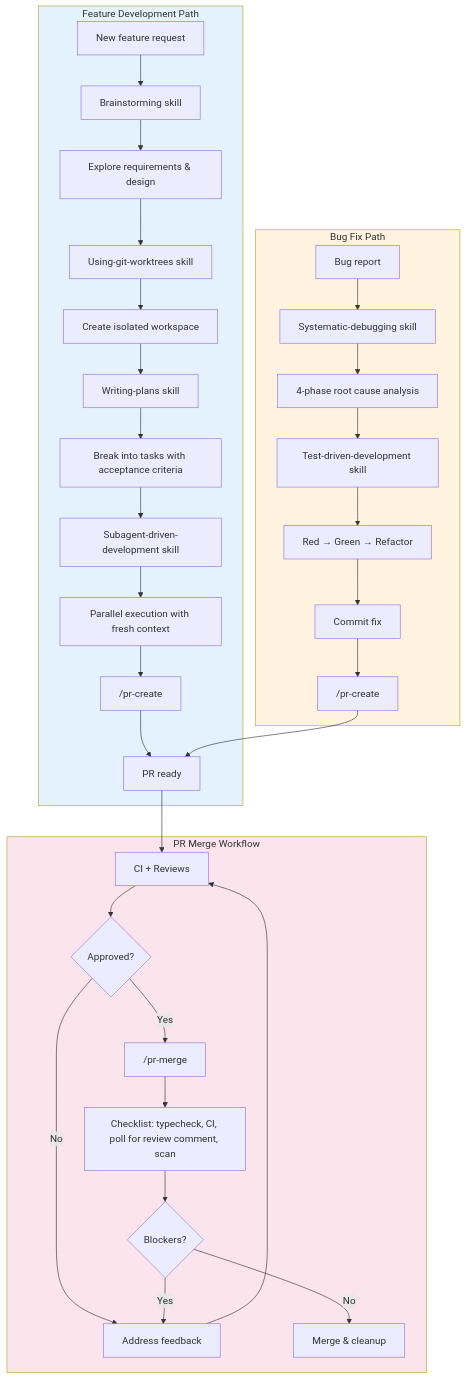
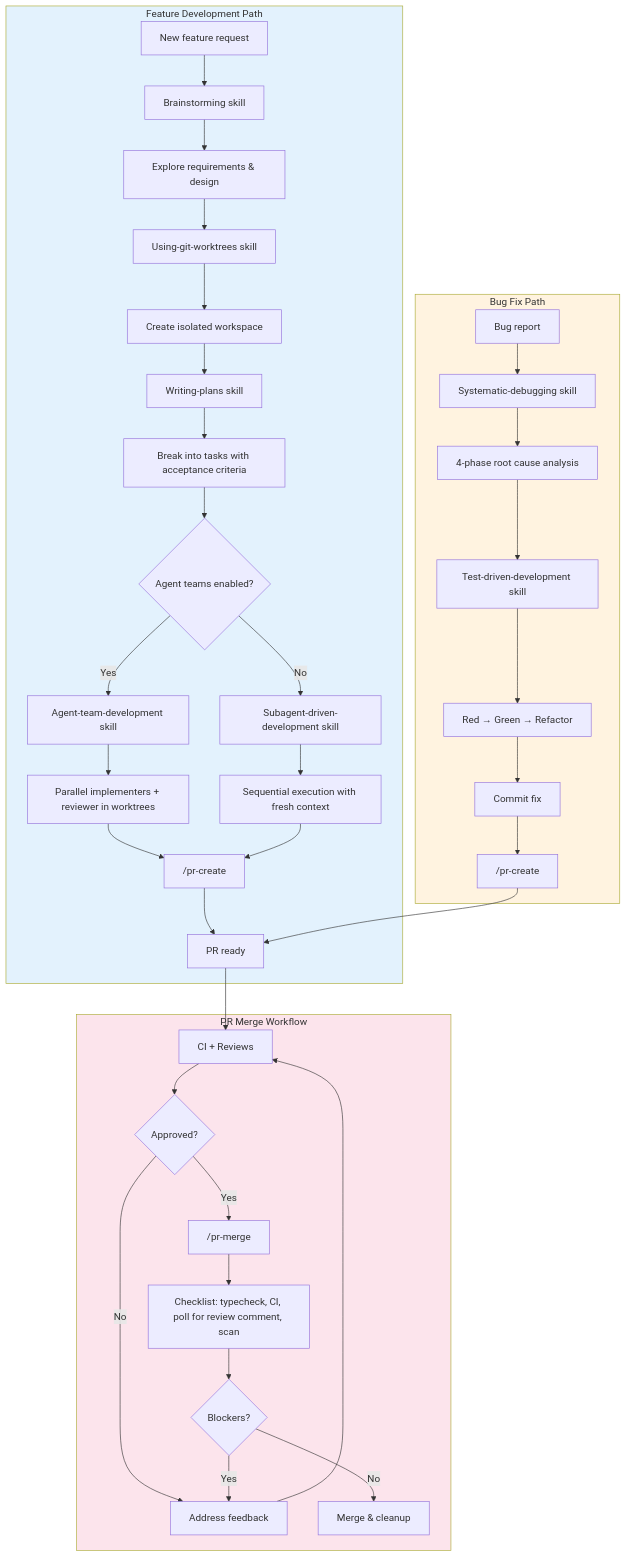
One commit to tombakerjr/claude-code-workflows changed the diagram in README.md. Above: the diagram before and after it, drawn with Mermaid. The commit also changed other lines of this file and 10 other files, not shown here.

First line of the commit message:
feat: add agent-team-development skill with parallel execution (#8)

````diff
--- a/README.md
+++ b/README.md
@@ -38,41 +46,45 @@
 ```mermaid
 flowchart TD
     subgraph FEATURE ["Feature Development Path"]
         A[New feature request] --> B[Brainstorming skill]
         B --> C["Explore requirements & design"]
         C --> D[Using-git-worktrees skill]
         D --> E[Create isolated workspace]
         E --> F[Writing-plans skill]
         F --> G["Break into tasks with acceptance criteria"]
-        G --> H[Subagent-driven-development skill]
-        H --> I["Parallel execution with fresh context"]
-        I --> J["/pr-create"]
+        G --> H{Agent teams enabled?}
+        H -->|Yes| I1[Agent-team-development skill]
+        I1 --> I2["Parallel implementers + reviewer in worktrees"]
+        H -->|No| I3[Subagent-driven-development skill]
+        I3 --> I4["Sequential execution with fresh context"]
+        I2 --> J["/pr-create"]
+        I4 --> J
         J --> K[PR ready]
     end
 
     subgraph BUG ["Bug Fix Path"]
         L[Bug report] --> M[Systematic-debugging skill]
         M --> N["4-phase root cause analysis"]
         N --> O[Test-driven-development skill]
         O --> P["Red → Green → Refactor"]
         P --> Q[Commit fix]
         Q --> R["/pr-create"]
         R --> K
     end
 
     subgraph MERGE ["PR Merge Workflow"]
         K --> S[CI + Reviews]
         S --> T{Approved?}
         T -->|No| U[Address feedback]
         U --> S
         T -->|Yes| V["/pr-merge"]
         V --> W["Checklist: typecheck, CI, poll for review comment, scan"]
         W --> X{Blockers?}
         X -->|Yes| U
         X -->|No| Y[Merge & cleanup]
     end
 
     style FEATURE fill:#e3f2fd
     style BUG fill:#fff3e0
     style MERGE fill:#fce4ec
 ```
````
